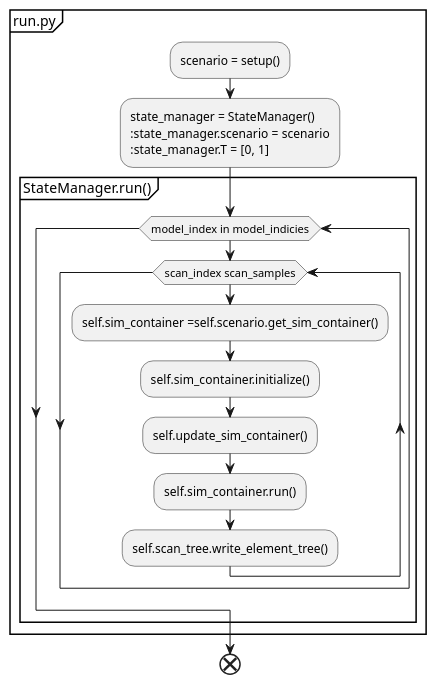
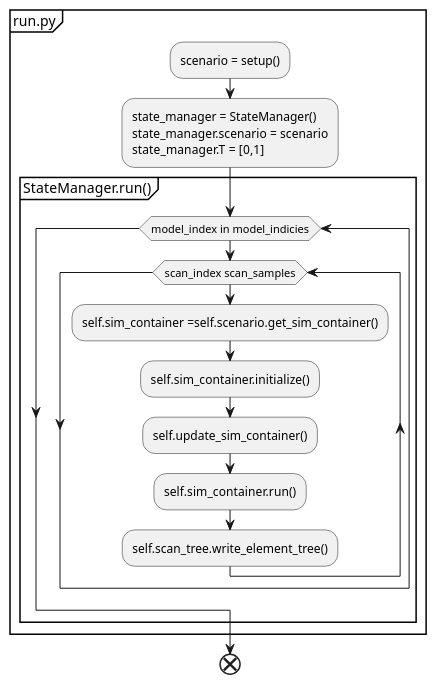
The diagram in docsrc/source/guide/chapters/02_parameter_scan/state_manager_activity.puml (lukaskiwitz/thesis), drawn with PlantUML before and after one commit. The commit also changed 10 other files, not shown here.

```diff
--- a/docsrc/source/guide/chapters/02_parameter_scan/state_manager_activity.puml
+++ b/docsrc/source/guide/chapters/02_parameter_scan/state_manager_activity.puml
@@ -1,23 +1,23 @@
 @startuml
     partition run.py {
         :scenario = setup();
         :state_manager = StateManager()
-        :state_manager.scenario = scenario
-        :state_manager.T = [0, 1];
+        state_manager.scenario = scenario
+        state_manager.T = [0,1];
 
         partition StateManager.run() {
 
         while (model_index in model_indicies)
             while (scan_index scan_samples)
 
                 :self.sim_container =self.scenario.get_sim_container();
                 :self.sim_container.initialize();
                     :self.update_sim_container();
                     :self.sim_container.run();
                     :self.scan_tree.write_element_tree();
             endwhile
         endwhile
         }
     }
     end
 @enduml
```
